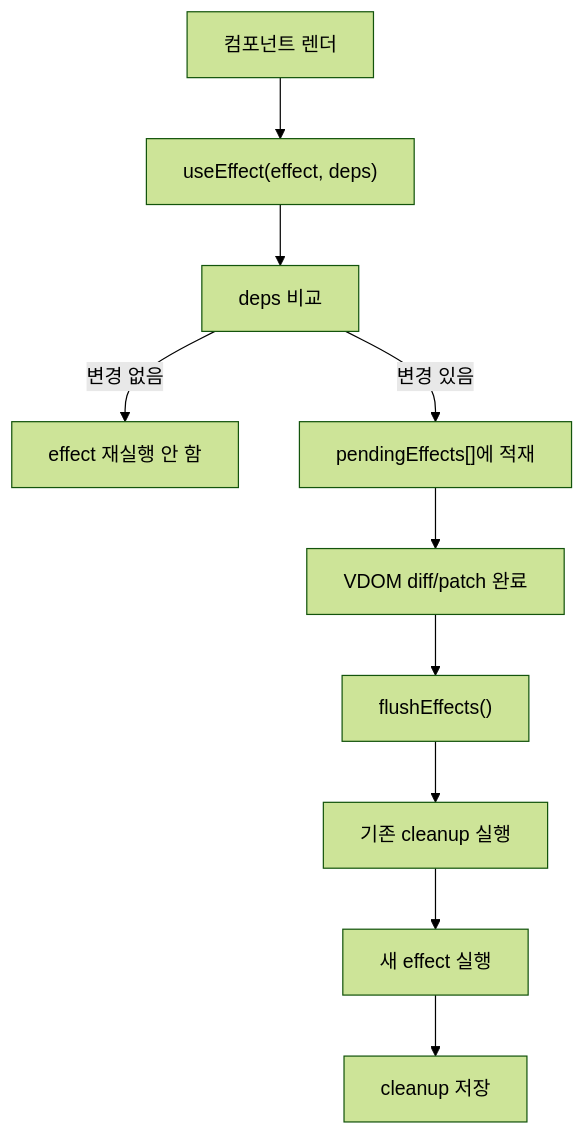
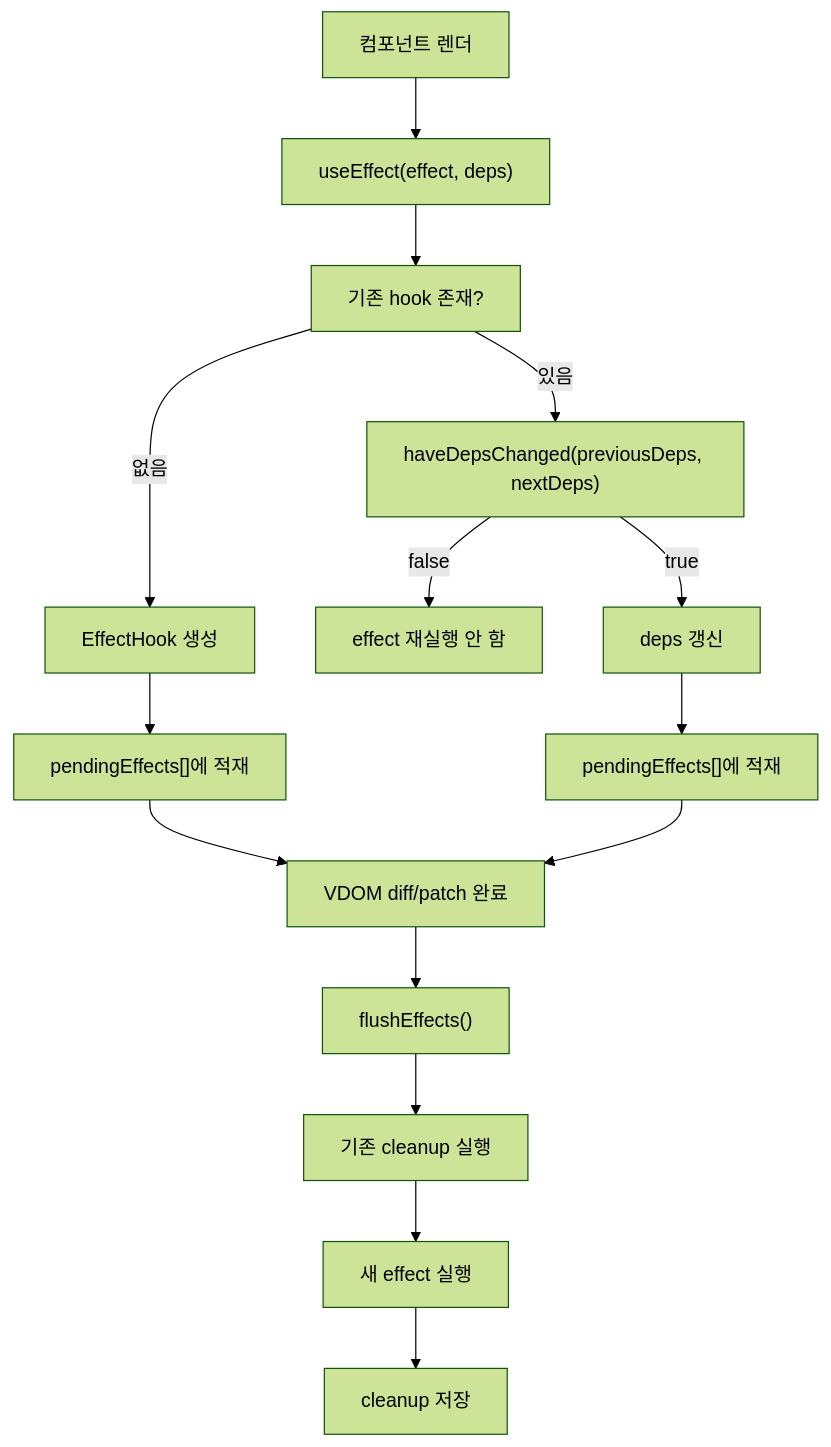
One commit to Jungle-12-303/week5-team3-react2 changed the seventh of 11 diagrams in docs/HOOKS_VDOM_FLOW.md. Above: the diagram before and after it, drawn with Mermaid (forest theme). The commit also changed other lines of this file and 4 other files, not shown here.

Commit message:
docs: expand hooks guide and add class diagrams

````diff
--- a/docs/HOOKS_VDOM_FLOW.md
+++ b/docs/HOOKS_VDOM_FLOW.md
@@ -111,12 +138,17 @@
 ```mermaid
 flowchart TD
     A["컴포넌트 렌더"] --> B["useEffect(effect, deps)"]
-    B --> C["deps 비교"]
-    C -->|변경 없음| D["effect 재실행 안 함"]
-    C -->|변경 있음| E["pendingEffects[]에 적재"]
-    E --> F["VDOM diff/patch 완료"]
-    F --> G["flushEffects()"]
-    G --> H["기존 cleanup 실행"]
-    H --> I["새 effect 실행"]
-    I --> J["cleanup 저장"]
+    B --> C["기존 hook 존재?"]
+    C -->|없음| D["EffectHook 생성"]
+    D --> E["pendingEffects[]에 적재"]
+    C -->|있음| F["haveDepsChanged(previousDeps, nextDeps)"]
+    F -->|false| G["effect 재실행 안 함"]
+    F -->|true| H["deps 갱신"]
+    H --> I["pendingEffects[]에 적재"]
+    E --> J["VDOM diff/patch 완료"]
+    I --> J
+    J --> K["flushEffects()"]
+    K --> L["기존 cleanup 실행"]
+    L --> M["새 effect 실행"]
+    M --> N["cleanup 저장"]
 ```
````
